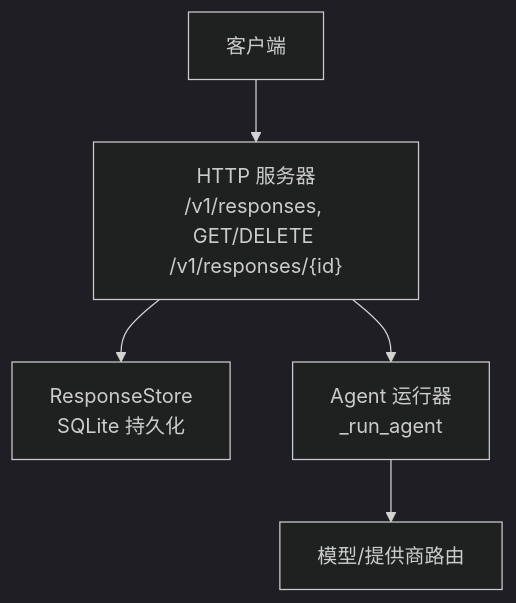
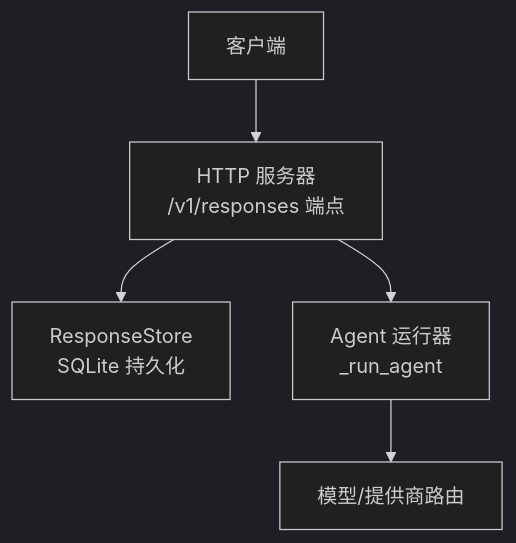
Before and after one commit to YueDJ/SpaikiiDesktop: the first of 3 diagrams in .qoder/repowiki/zh/content/API参考/RESTful API/响应API.md, drawn with Mermaid (dark theme). The commit also changed other lines of this file and 249 other files, not shown here.

````diff
--- a/.qoder/repowiki/zh/content/API参考/RESTful API/响应API.md
+++ b/.qoder/repowiki/zh/content/API参考/RESTful API/响应API.md
@@ -32,7 +31,7 @@
 ```mermaid
 graph TB
-Client["客户端"] --> API["HTTP 服务器<br/>/v1/responses, GET/DELETE /v1/responses/{id}"]
+Client["客户端"] --> API["HTTP 服务器<br/>/v1/responses 端点"]
 API --> Store["ResponseStore<br/>SQLite 持久化"]
 API --> Agent["Agent 运行器<br/>_run_agent"]
 Agent --> Model["模型/提供商路由"]
 ```
````
